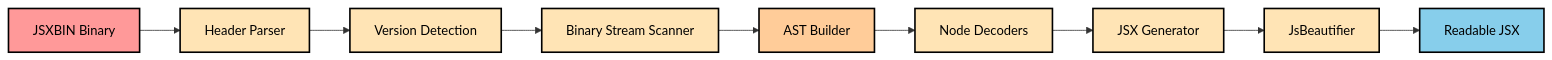
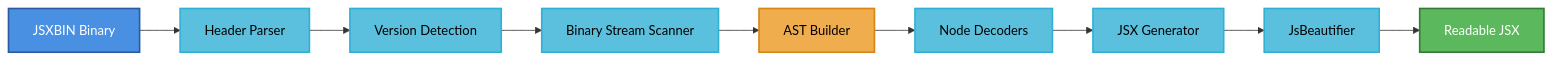
Before and after one commit to YgalaxyY/Adobe-JSXBIN-Decoder: the diagram in README.md, drawn with Mermaid.

````diff
--- a/README.md
+++ b/README.md
@@ -31,21 +31,21 @@
 ```mermaid
 graph LR
     A[JSXBIN Binary] --> B[Header Parser]
     B --> C[Version Detection]
     C --> D[Binary Stream Scanner]
     D --> E[AST Builder]
     E --> F[Node Decoders]
     F --> G[JSX Generator]
     G --> H[JsBeautifier]
     H --> I[Readable JSX]
     
-    style A fill:#ff9999,color:#000000,stroke:#000000,stroke-width:2px
-    style I fill:#87ceeb,color:#000000,stroke:#000000,stroke-width:2px
-    style E fill:#ffcc99,color:#000000,stroke:#000000,stroke-width:2px
-    style B fill:#ffe4b5,color:#000000,stroke:#000000,stroke-width:2px
-    style C fill:#ffe4b5,color:#000000,stroke:#000000,stroke-width:2px
-    style D fill:#ffe4b5,color:#000000,stroke:#000000,stroke-width:2px
-    style F fill:#ffe4b5,color:#000000,stroke:#000000,stroke-width:2px
-    style G fill:#ffe4b5,color:#000000,stroke:#000000,stroke-width:2px
-    style H fill:#ffe4b5,color:#000000,stroke:#000000,stroke-width:2px
+    style A fill:#4a90e2,color:#ffffff,stroke:#2c5aa0,stroke-width:2px
+    style I fill:#5cb85c,color:#ffffff,stroke:#357a35,stroke-width:2px
+    style E fill:#f0ad4e,color:#000000,stroke:#d58512,stroke-width:2px
+    style B fill:#5bc0de,color:#000000,stroke:#31b0d5,stroke-width:2px
+    style C fill:#5bc0de,color:#000000,stroke:#31b0d5,stroke-width:2px
+    style D fill:#5bc0de,color:#000000,stroke:#31b0d5,stroke-width:2px
+    style F fill:#5bc0de,color:#000000,stroke:#31b0d5,stroke-width:2px
+    style G fill:#5bc0de,color:#000000,stroke:#31b0d5,stroke-width:2px
+    style H fill:#5bc0de,color:#000000,stroke:#31b0d5,stroke-width:2px
 ```
````
